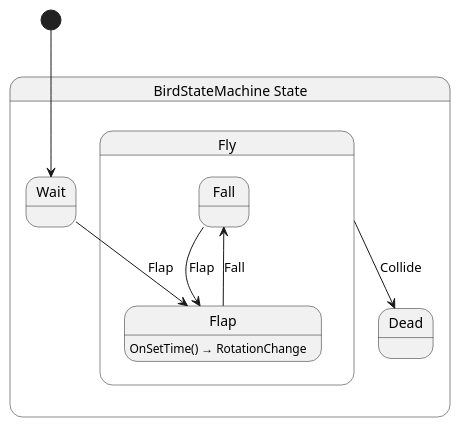
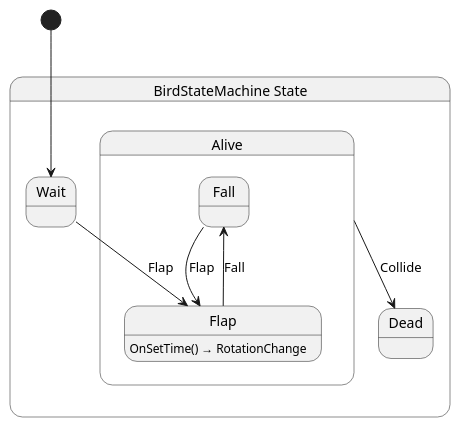
Before and after one commit to fm39hz/FlappyBirdGame: the diagram in src/Game/Creature/Bird/BirdStateMachine.g.puml, drawn with PlantUML. The commit also changed 1 other file, not shown here.

Commit message:
refactor: rename Fly state to Alive

```diff
--- a/src/Game/Creature/Bird/BirdStateMachine.g.puml
+++ b/src/Game/Creature/Bird/BirdStateMachine.g.puml
@@ -1,19 +1,19 @@
 @startuml BirdStateMachine
 state "BirdStateMachine State" as FlappyBirdGame_Game_Creature_BirdStateMachine_State {
+  state "Alive" as FlappyBirdGame_Game_Creature_BirdStateMachine_State_Alive {
+    state "Fall" as FlappyBirdGame_Game_Creature_BirdStateMachine_State_Alive_Fall
+    state "Flap" as FlappyBirdGame_Game_Creature_BirdStateMachine_State_Alive_Flap
+  }
   state "Dead" as FlappyBirdGame_Game_Creature_BirdStateMachine_State_Dead
-  state "Fly" as FlappyBirdGame_Game_Creature_BirdStateMachine_State_Fly {
-    state "Fall" as FlappyBirdGame_Game_Creature_BirdStateMachine_State_Fly_Fall
-    state "Flap" as FlappyBirdGame_Game_Creature_BirdStateMachine_State_Fly_Flap
-  }
   state "Wait" as FlappyBirdGame_Game_Creature_BirdStateMachine_State_Wait
 }
 
-FlappyBirdGame_Game_Creature_BirdStateMachine_State_Fly --> FlappyBirdGame_Game_Creature_BirdStateMachine_State_Dead : Collide
-FlappyBirdGame_Game_Creature_BirdStateMachine_State_Fly_Fall --> FlappyBirdGame_Game_Creature_BirdStateMachine_State_Fly_Flap : Flap
-FlappyBirdGame_Game_Creature_BirdStateMachine_State_Fly_Flap --> FlappyBirdGame_Game_Creature_BirdStateMachine_State_Fly_Fall : Fall
-FlappyBirdGame_Game_Creature_BirdStateMachine_State_Wait --> FlappyBirdGame_Game_Creature_BirdStateMachine_State_Fly_Flap : Flap
+FlappyBirdGame_Game_Creature_BirdStateMachine_State_Alive --> FlappyBirdGame_Game_Creature_BirdStateMachine_State_Dead : Collide
+FlappyBirdGame_Game_Creature_BirdStateMachine_State_Alive_Fall --> FlappyBirdGame_Game_Creature_BirdStateMachine_State_Alive_Flap : Flap
+FlappyBirdGame_Game_Creature_BirdStateMachine_State_Alive_Flap --> FlappyBirdGame_Game_Creature_BirdStateMachine_State_Alive_Fall : Fall
+FlappyBirdGame_Game_Creature_BirdStateMachine_State_Wait --> FlappyBirdGame_Game_Creature_BirdStateMachine_State_Alive_Flap : Flap
 
-FlappyBirdGame_Game_Creature_BirdStateMachine_State_Fly_Flap : OnSetTime() → RotationChange
+FlappyBirdGame_Game_Creature_BirdStateMachine_State_Alive_Flap : OnSetTime() → RotationChange
 
 [*] --> FlappyBirdGame_Game_Creature_BirdStateMachine_State_Wait
 @enduml
```
